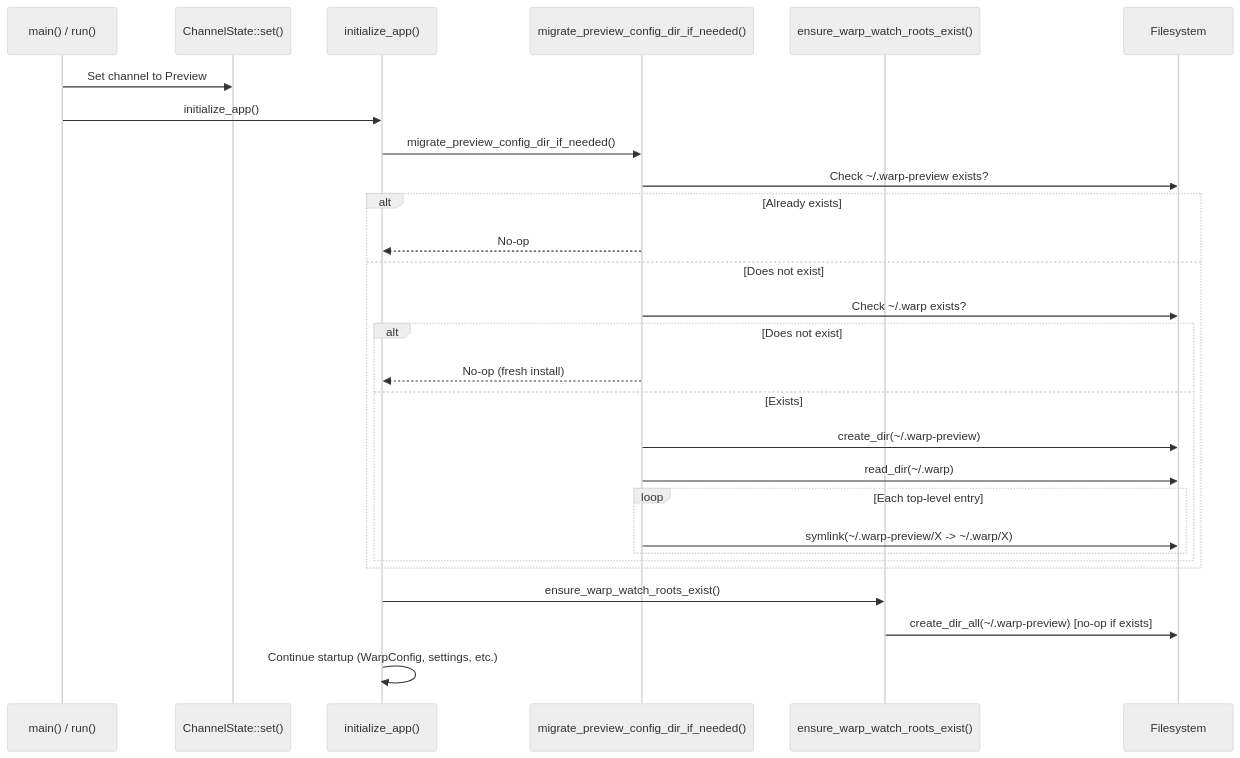
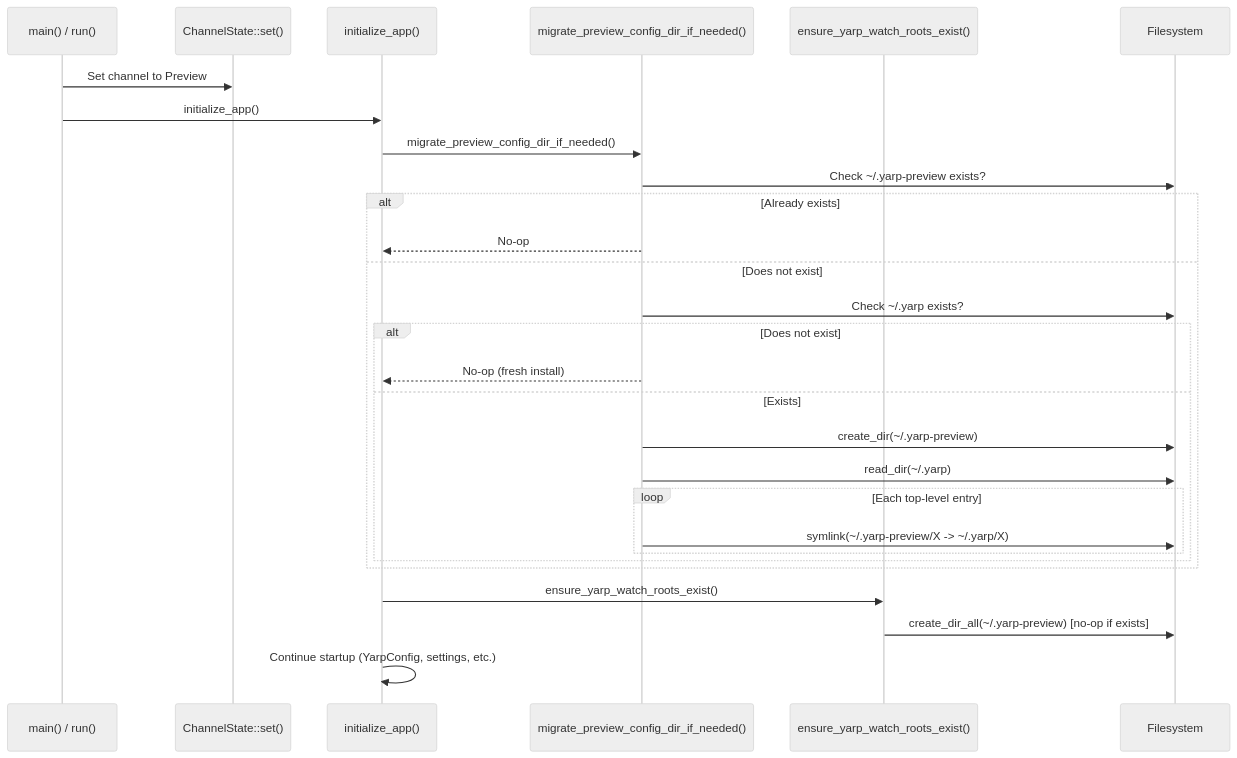
The diagram in specs/QUALITY-408/TECH.md (nikhilramakrishnan/yarp), drawn with Mermaid (neutral theme) before and after one commit. The commit also changed other lines of this file and 516 other files, not shown here.

````diff
--- a/specs/QUALITY-408/TECH.md
+++ b/specs/QUALITY-408/TECH.md
@@ -81,31 +81,31 @@
 ```mermaid
 sequenceDiagram
     participant Main as main() / run()
     participant CS as ChannelState::set()
     participant Init as initialize_app()
     participant Migrate as migrate_preview_config_dir_if_needed()
-    participant Ensure as ensure_warp_watch_roots_exist()
+    participant Ensure as ensure_yarp_watch_roots_exist()
     participant FS as Filesystem
 
     Main->>CS: Set channel to Preview
     Main->>Init: initialize_app()
     Init->>Migrate: migrate_preview_config_dir_if_needed()
-    Migrate->>FS: Check ~/.warp-preview exists?
+    Migrate->>FS: Check ~/.yarp-preview exists?
     alt Already exists
         Migrate-->>Init: No-op
     else Does not exist
-        Migrate->>FS: Check ~/.warp exists?
+        Migrate->>FS: Check ~/.yarp exists?
         alt Does not exist
             Migrate-->>Init: No-op (fresh install)
         else Exists
-            Migrate->>FS: create_dir(~/.warp-preview)
-            Migrate->>FS: read_dir(~/.warp)
+            Migrate->>FS: create_dir(~/.yarp-preview)
+            Migrate->>FS: read_dir(~/.yarp)
             loop Each top-level entry
-                Migrate->>FS: symlink(~/.warp-preview/X -> ~/.warp/X)
+                Migrate->>FS: symlink(~/.yarp-preview/X -> ~/.yarp/X)
             end
         end
     end
-    Init->>Ensure: ensure_warp_watch_roots_exist()
-    Ensure->>FS: create_dir_all(~/.warp-preview) [no-op if exists]
-    Init->>Init: Continue startup (WarpConfig, settings, etc.)
+    Init->>Ensure: ensure_yarp_watch_roots_exist()
+    Ensure->>FS: create_dir_all(~/.yarp-preview) [no-op if exists]
+    Init->>Init: Continue startup (YarpConfig, settings, etc.)
 ```
````
